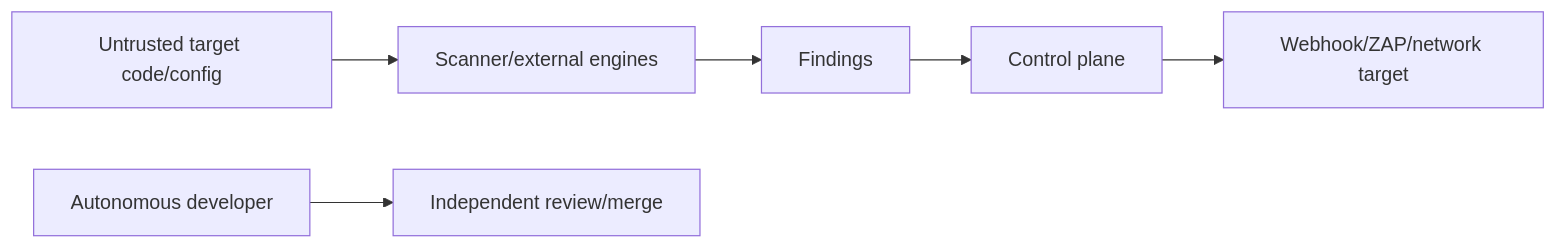
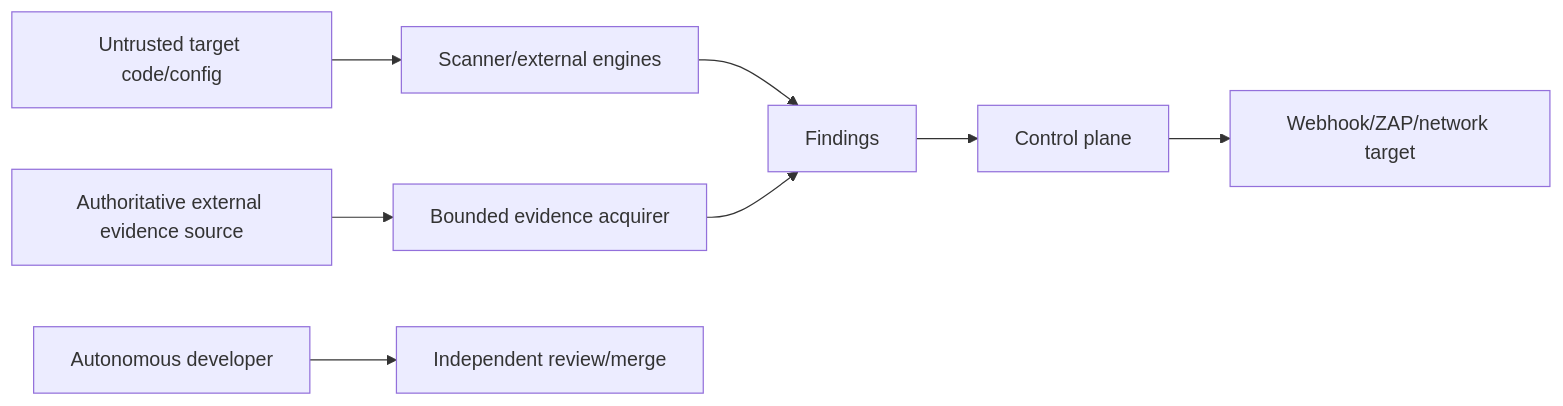
Before and after one commit to ContextualWisdomLab/appguardrail: the diagram in docs/THREAT_MODEL.md, drawn with Mermaid. The commit also changed other lines of this file, not shown here.

Commit message:
docs(actions): model source-evidence threats

````diff
--- a/docs/THREAT_MODEL.md
+++ b/docs/THREAT_MODEL.md
@@ -12,16 +12,20 @@
 ```mermaid
 flowchart LR
     CODE[Untrusted target code/config]
     SCAN[Scanner/external engines]
     FIND[Findings]
+    SOURCE[Authoritative external evidence source]
+    ACQ[Bounded evidence acquirer]
     CP[Control plane]
     OUT[Webhook/ZAP/network target]
     DEV[Autonomous developer]
     REVIEW[Independent review/merge]
 
     CODE --> SCAN
     SCAN --> FIND
+    SOURCE --> ACQ
+    ACQ --> FIND
     FIND --> CP
     CP --> OUT
     DEV --> REVIEW
 ```
````
